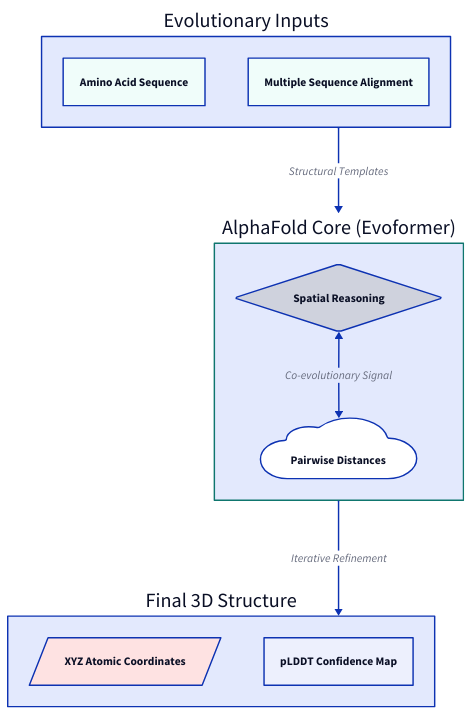
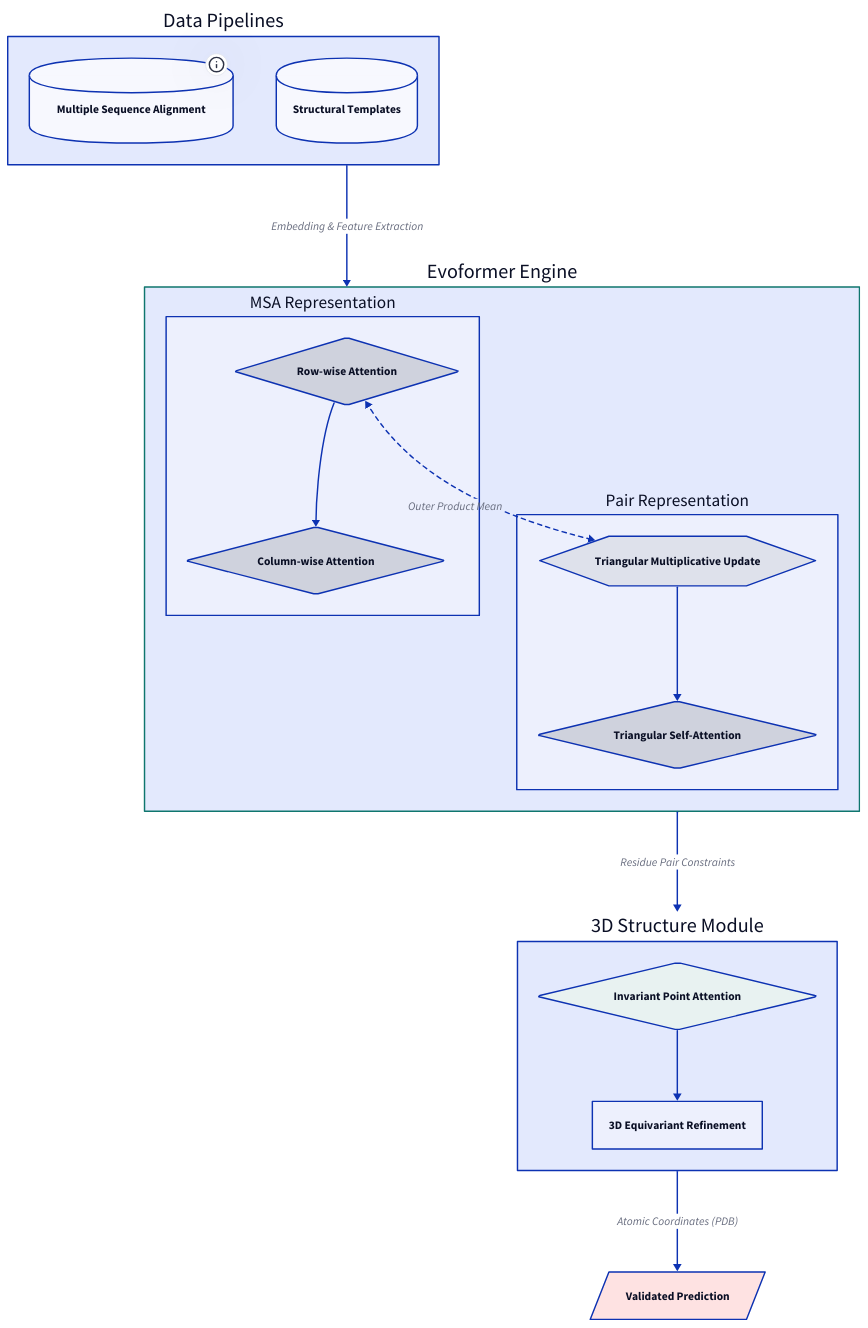
The diagram in content/articles/how-does-alphafold-predict-protein-structures.md (s-chudmunge/eulerfold), drawn with D2 before and after one commit. The commit also changed other lines of this file and 45 other files, not shown here.

````diff
--- a/content/articles/how-does-alphafold-predict-protein-structures.md
+++ b/content/articles/how-does-alphafold-predict-protein-structures.md
@@ -32,36 +32,54 @@
 ```d2
 direction: down
 
-Data: "Evolutionary Inputs" {
-  Seq: "Amino Acid Sequence" {
-    shape: rectangle
-    style: { fill: "#f0fdfa" }
+Inputs: "Data Pipelines" {
+  MSA: "Multiple Sequence Alignment" {
+    tooltip: "Evolutionary History"
+    shape: cylinder
   }
-  MSA: "Multiple Sequence Alignment" {
-    shape: rectangle
-    style: { fill: "#f0fdfa" }
+  Templates: "Structural Templates" {
+    shape: cylinder
   }
 }
 
-Engine: "AlphaFold Core (Evoformer)" {
-  style: { stroke: "#0f766e"; stroke-width: 2 }
-  Attention: "Spatial Reasoning" {
-    shape: diamond
+Evoformer: "Evoformer Engine" {
+  style: {
+    stroke: "#0f766e"
+    stroke-width: 2
   }
-  Graph: "Pairwise Distances" {
-    shape: cloud
+
+  MSATrack: "MSA Representation" {
+    RowAtt: "Row-wise Attention" {shape: diamond}
+    ColAtt: "Column-wise Attention" {shape: diamond}
+    RowAtt -> ColAtt
   }
-  Attention <-> Graph: "Co-evolutionary Signal"
+
+  PairTrack: "Pair Representation" {
+    TriAtt: "Triangular Multiplicative Update" {shape: hexagon}
+    TriSelf: "Triangular Self-Attention" {shape: diamond}
+    TriAtt -> TriSelf
+  }
+
+  MSATrack.RowAtt <-> PairTrack.TriAtt: "Outer Product Mean" {
+    style: {stroke-dash: 3}
+  }
 }
 
-Prediction: "Final 3D Structure" {
-  Model: "XYZ Atomic Coordinates" {
-    shape: parallelogram
-    style: { fill: "#fee2e2" }
+StructureModule: "3D Structure Module" {
+  IPA: "Invariant Point Attention" {
+    shape: diamond
+    style: {fill: "#e8f2f1"}
   }
-  Confidence: "pLDDT Confidence Map"
+  Equiv: "3D Equivariant Refinement"
+  IPA -> Equiv
 }
 
-Data -> Engine: "Structural Templates"
-Engine -> Prediction: "Iterative Refinement"
+Inputs -> Evoformer: "Embedding & Feature Extraction"
+Evoformer -> StructureModule: "Residue Pair Constraints"
+StructureModule -> Output: "Atomic Coordinates (PDB)"
+
+Output: "Validated Prediction" {
+  shape: parallelogram
+  style: {fill: "#fee2e2"}
+}
 ```
````
